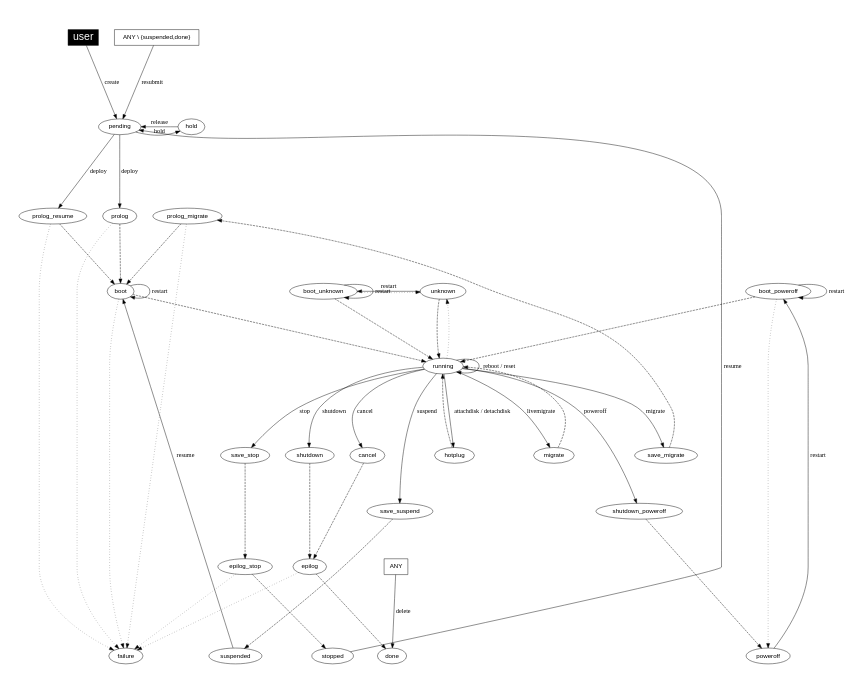
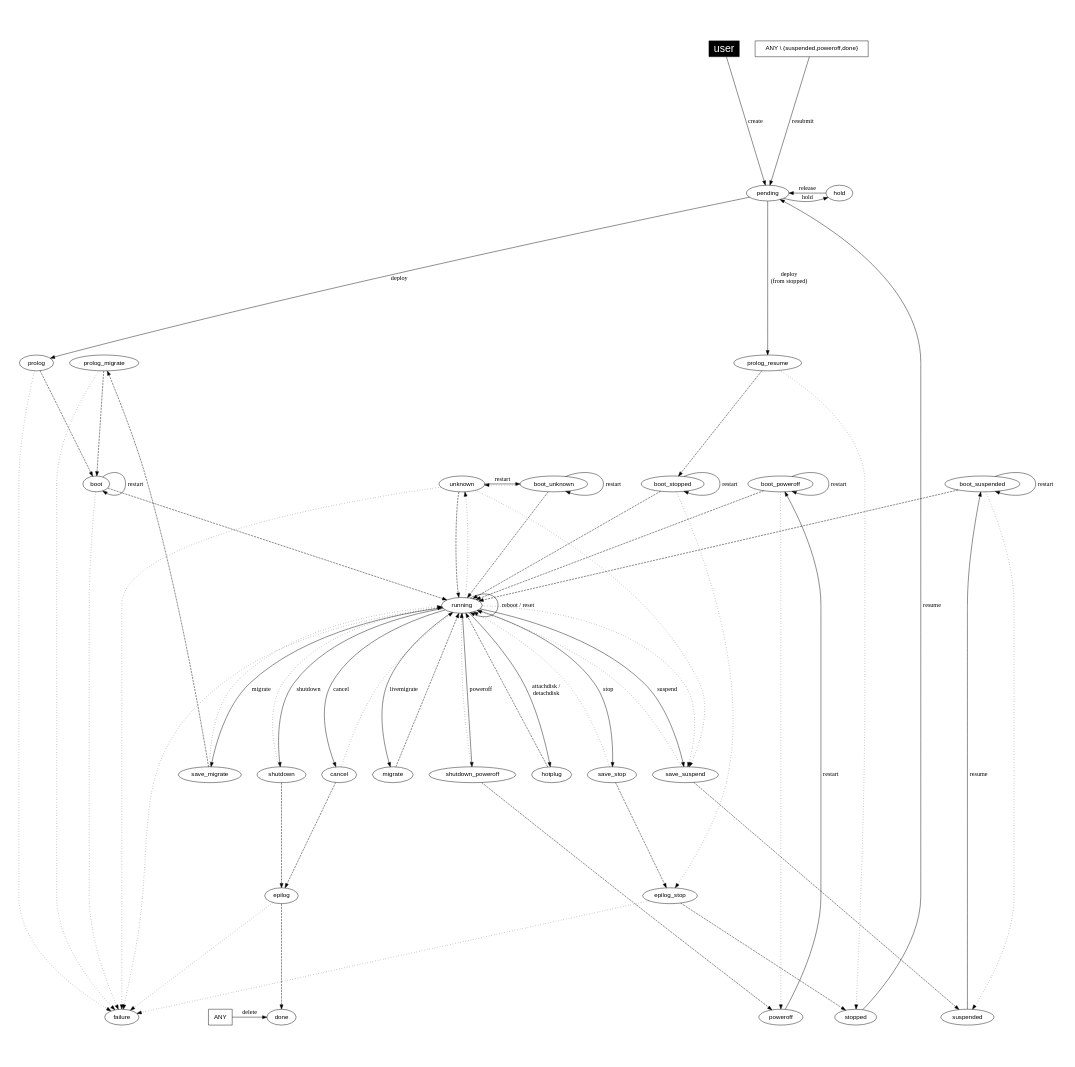
One commit to OpenNebula/one changed the diagram in share/doc/states/states-complete.dot. Above: the diagram before and after it, drawn with Graphviz.

Commit message:
Update VM states diagram. Includes states from branch 1210

```diff
--- a/share/doc/states/states-complete.dot
+++ b/share/doc/states/states-complete.dot
@@ -1,119 +1,142 @@
 
 
 digraph OpenNebula {
     graph [
         nodesep=0.5,
-        ratio=0.8,
+        ratio=1,
         pad=0.5,
     ];
 
     node [fontname="Helvetica"];
     edge [fontname="Menlo"];
     
     user [
         fillcolor="black",
         style="filled", shape="box",
         fontcolor="white", fontsize= "24.0"];
 
     ANY [ shape="box" ];
-    "ANY \\ {suspended,done}" [ shape="box" ];
+    "ANY \\ {suspended,poweroff,done}" [ shape="box" ];
 
     subgraph { rank = min; user}
-    subgraph { rank = same; boot; boot_unknown; boot_poweroff; unknown; color="white"}
+    subgraph { rank = same; boot; boot_stopped boot_suspended; boot_unknown; boot_poweroff; unknown; color="white"}
     subgraph { rank = same; pending; hold; color="white"}
-    subgraph { rank = same; prolog; prolog_resume; prolog_migrate;
-    color="white" }
+    subgraph { rank = same; prolog; prolog_resume; prolog_migrate; color="white" }
+//    subgraph { rank = same; prolog; prolog_resume; prolog_migrate; save_migrate; color="white" }
 
     subgraph { rank = max; suspended; done; failure;
-    stopped; poweroff; color="white" }
+    stopped; poweroff; ANY; color="white" }
+//    stopped; poweroff; color="white" }
 
 #   create
     user -> pending [label="create"];
 
 #   deploy
-    pending     -> prolog_resume [label="deploy"];
-    prolog_resume -> boot [style="dashed"];
+    pending     -> prolog_resume [label="deploy\n(from stopped)"];
+    prolog_resume -> boot_stopped [style="dashed"];
 
     pending     -> prolog [label="deploy"];
     prolog      -> boot [style="dashed"];
     boot        -> running [style="dashed"];
 
 #   shutdown
     running     -> shutdown [label="shutdown"];
     shutdown    -> epilog [style="dashed"];
     epilog      -> done [style="dashed"];
 
+    shutdown    -> running [style="dotted"];
+
 #   poweroff
     running             -> shutdown_poweroff [label="poweroff"];
     shutdown_poweroff   -> poweroff [style="dashed"];
+
+    shutdown_poweroff   -> running [style="dotted"];
 
 #   livemigrate
     running     -> migrate [label="livemigrate"];
     migrate     -> running [style="dashed"];
 
 #   migrate
     running         -> save_migrate [label="migrate"];
     save_migrate    -> prolog_migrate [style="dashed"];
+    save_migrate    -> running [style="dotted"];
     prolog_migrate  -> boot [style="dashed"];
 
 #   hold
     pending     -> hold [label="hold"];
 
 #   release
     hold        -> pending [label="release"];
 
 #   stop
     running     -> save_stop [label="stop"];
     save_stop   -> epilog_stop [style="dashed"];
+    save_stop   -> running [style="dotted"];
     epilog_stop -> stopped [style="dashed"];
 
 #   cancel
     running     -> cancel [label="cancel"];
     cancel      -> epilog [style="dashed"];
+    cancel      -> running [style="dotted"];
 
 #   suspend
     running         -> save_suspend [label="suspend"];
     save_suspend    -> suspended [style="dashed"];
+    save_suspend    -> running [style="dotted"];
 
 #   resume
-    stopped     -> pending [label="resume"];
-    suspended   -> boot [label="resume"];
+    stopped         -> pending [label="resume"];
+    boot_stopped    -> running [style="dashed"];
+
+    suspended       -> boot_suspended [label="resume"];
+    boot_suspended  -> running [style="dashed"];
 
 #   delete
     ANY         -> done [label="delete"];
 
 #   restart
-    boot        -> boot [label="restart"];
+    boot            -> boot [label="restart"];
+    boot_suspended  -> boot_suspended [label="restart"];
+    boot_stopped    -> boot_stopped [label="restart"];
 
-    poweroff    -> boot_poweroff [label="restart"];
-    boot_poweroff -> boot_poweroff [label="restart"];
-    boot_poweroff -> running [style="dashed"];
-    boot_poweroff -> poweroff [style="dotted"];
+    poweroff        -> boot_poweroff [label="restart"];
+    boot_poweroff   -> boot_poweroff [label="restart"];
+    boot_poweroff   -> running [style="dashed"];
 
-    unknown     -> boot_unknown [label="restart"];
-    boot_unknown -> boot_unknown [label="restart"];
-    boot_unknown -> running [style="dashed"];
-    boot_unknown -> unknown [style="dotted"];
+    unknown         -> boot_unknown [label="restart"];
+    boot_unknown    -> boot_unknown [label="restart"];
+    boot_unknown    -> running [style="dashed"];
 
 #   reboot, reset
     running     -> running [label="reboot / reset"];
 
 #   attachdisk
-    running     -> hotplug [label="attachdisk / detachdisk"]
+    running     -> hotplug [label="attachdisk /\ndetachdisk"]
     hotplug     -> running [style="dashed"];
 
 #   resubmit
-    "ANY \\ {suspended,done}" -> pending [label="resubmit"];
+    "ANY \\ {suspended,poweroff,done}" -> pending [label="resubmit"];
 
 #   failures and misc.
     epilog_stop     -> failure [style="dotted"];
     epilog          -> failure [style="dotted"];
+
     prolog          -> failure [style="dotted"];
     prolog_migrate  -> failure [style="dotted"];
-    prolog_resume   -> failure [style="dotted"];
+    prolog_resume   -> stopped [style="dotted"];
+
     boot            -> failure [style="dotted"];
+    boot_poweroff   -> poweroff [style="dotted"];
+    boot_unknown    -> unknown [style="dotted"];
+    boot_suspended  -> suspended [style="dotted"];
+    boot_stopped    -> epilog_stop [style="dotted"];
 
+    running -> failure [style="dotted"];
+    unknown -> failure [style="dotted"];
+
+    running -> save_suspend [style="dotted"];
+    unknown -> save_suspend [style="dotted"];
 
     running -> unknown [style="dotted"];
     unknown -> running [style="dashed"];
 }
```
